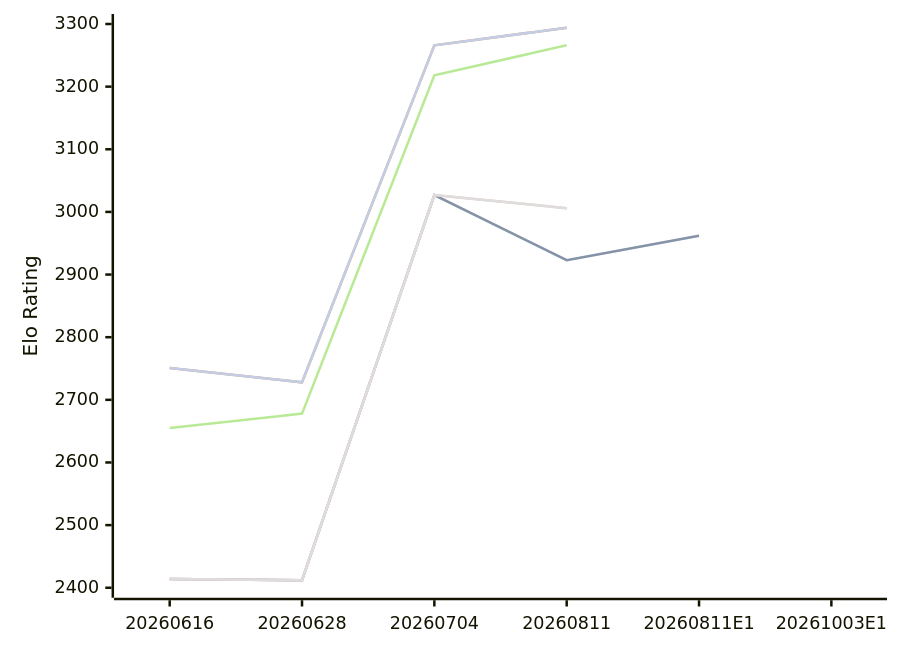
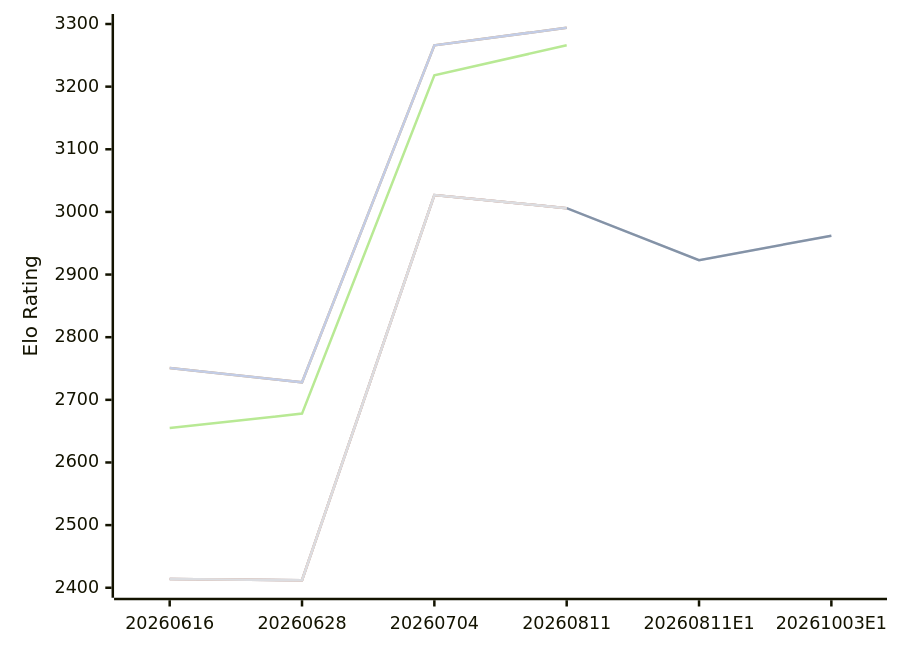
One commit to computer-chess-index/cci changed the diagram in engines/Askaig.md. Above: the diagram before and after it, drawn with Mermaid. The commit also changed other lines of this file, not shown here.

Commit message:
Update CCI Ratings (ELO VLTC) - 2026-10-11

````diff
--- a/engines/Askaig.md
+++ b/engines/Askaig.md
@@ -52,13 +52,13 @@
 ```mermaid
 %%{init: {"theme":"base","themeVariables":{"seriesColors:['#a3a3a3','#222221','#faa371']}}}%%
 xychart-beta
   x-axis ["20260616", "20260628", "20260704", "20260811","20260811E1", "20261003E1"]
   y-axis "Elo Rating" 2400 --> 3300
-  line "" [2414, 2412, 3027,2923, 2962]
-  line "E1: STC (8.0+0.08s)" [2414, 2412, 3027,2923, 2962]
+  line "" [2414, 2412, 3027, 3006,2923, 2962]
+  line "E1: STC (8.0+0.08s)" [2414, 2412, 3027, 3006,2923, 2962]
   line "" [2414, 2412, 3027, 3006]
   line "T1: STC (8.0+0.08s)" [2414, 2412, 3027, 3006]
   line "T1: LTC (60.0+0.60s)" [2655, 2678, 3218, 3266]
   line "" [2751, 2728, 3266, 3294]
   line "T1: VLTC (2m24s+1.12s)" [2751, 2728, 3266, 3294]
 ```
````
